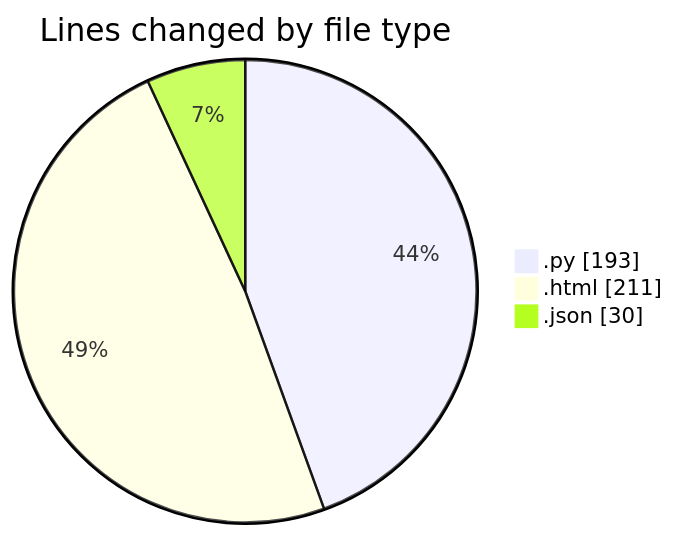
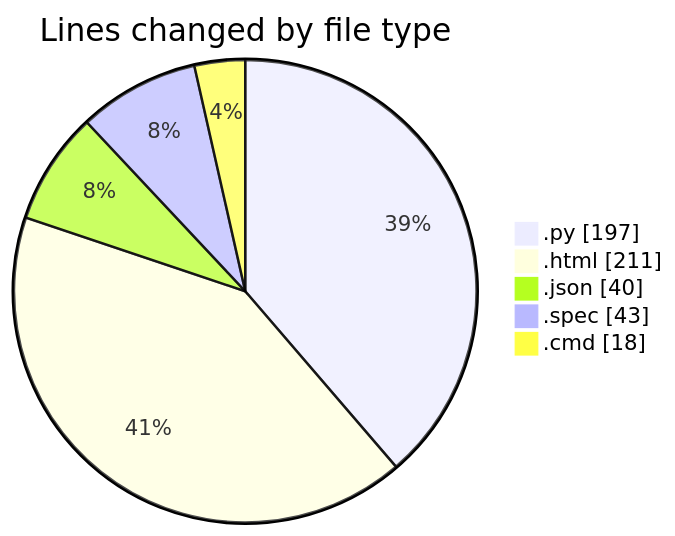
One commit to FelipKnott/code-tracking changed the first of 2 diagrams in 2025-07-12/cursor/README.md. Above: the diagram before and after it, drawn with Mermaid. The commit also changed other lines of this file and 1 other file, not shown here.

````diff
--- a/2025-07-12/cursor/README.md
+++ b/2025-07-12/cursor/README.md
@@ -22,7 +25,9 @@
 ```mermaid
 pie showData
 title Lines changed by file type
-".py" : 193
+".py" : 197
 ".html" : 211
-".json" : 30
+".json" : 40
+".spec" : 43
+".cmd" : 18
 ```
````
